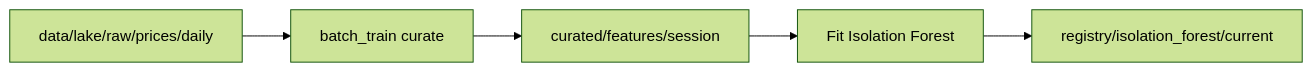
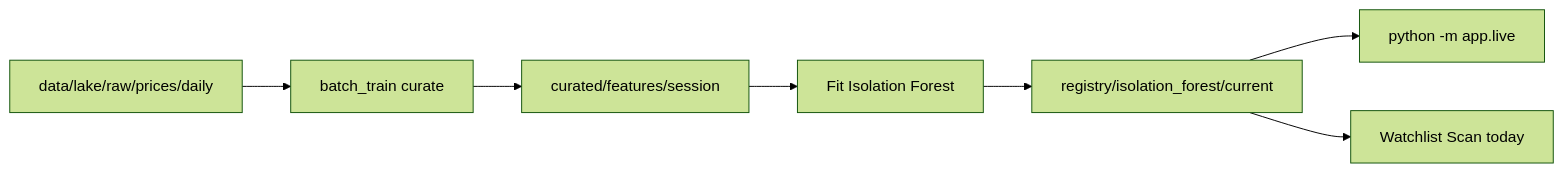
One commit to sameerde4/ticker-alert-system changed the sixth of 10 diagrams in docs/architecture.md. Above: the diagram before and after it, drawn with Mermaid (forest theme). The commit also changed other lines of this file and 9 other files, not shown here.

First line of the commit message:
Document forest parity, lake refresh, and forest-aware wording across diagrams.

````diff
--- a/docs/architecture.md
+++ b/docs/architecture.md
@@ -275,7 +291,9 @@
 ```mermaid
 flowchart LR
     RAW[data/lake/raw/prices/daily] --> CURATE[batch_train curate]
     CURATE --> FEAT[curated/features/session]
     FEAT --> TRAIN[Fit Isolation Forest]
     TRAIN --> REG[registry/isolation_forest/current]
+    REG --> LIVE[python -m app.live]
+    REG --> SCAN[Watchlist Scan today]
 ```
````
